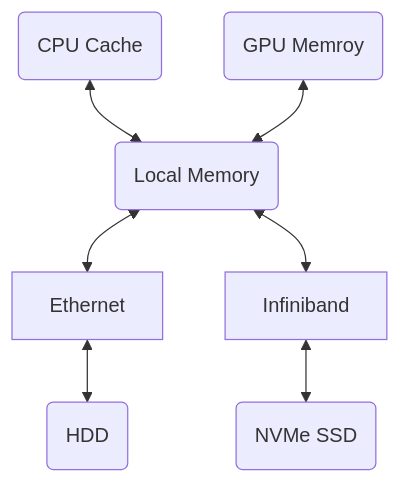
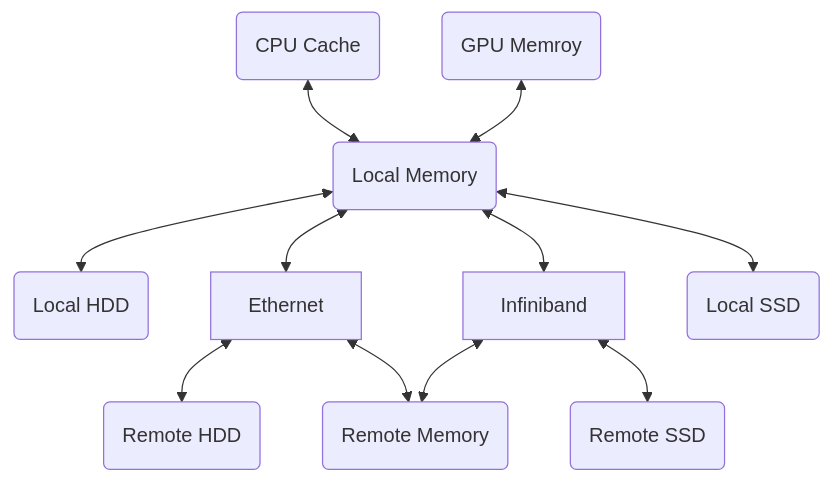
Before and after one commit to kaichao/app-mwa: the third of 5 diagrams in README.md, drawn with Mermaid. The commit also changed other lines of this file, not shown here.

````diff
--- a/README.md
+++ b/README.md
@@ -126,9 +129,13 @@
 ```mermaid
 flowchart TD
     A(CPU Cache) <--> C(Local Memory)
     B(GPU Memroy)  <--> C
+    C <--> K(Local HDD)
     C <--> D[Ethernet]
     C <--> E[Infiniband]
-    E <--> F(NVMe SSD)
-    D <--> G(HDD)
+    C <--> F(Local SSD)
+    E <--> G(Remote Memory)
+    D <--> H(Remote HDD)
+    D <--> G
+    E <--> I(Remote SSD)
 ```
````
